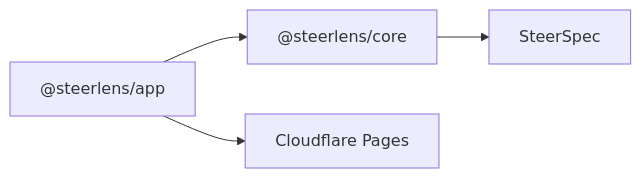
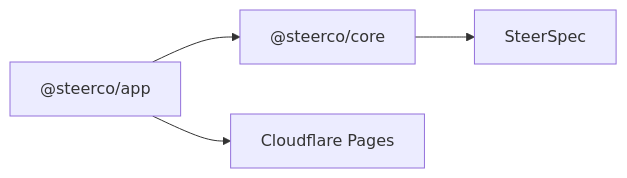
Before and after one commit to mzworthington/steerco: the diagram in docs/ADRs/0002-tech-stack.md, drawn with Mermaid. The commit also changed other lines of this file and 219 other files, not shown here.

````diff
--- a/docs/ADRs/0002-tech-stack.md
+++ b/docs/ADRs/0002-tech-stack.md
@@ -45,6 +45,6 @@
 ```mermaid
 flowchart LR
-  UI["@steerlens/app"] --> Core["@steerlens/core"]
+  UI["@steerco/app"] --> Core["@steerco/core"]
   Core --> Spec[SteerSpec]
   UI --> Pages[Cloudflare Pages]
 ```
````
